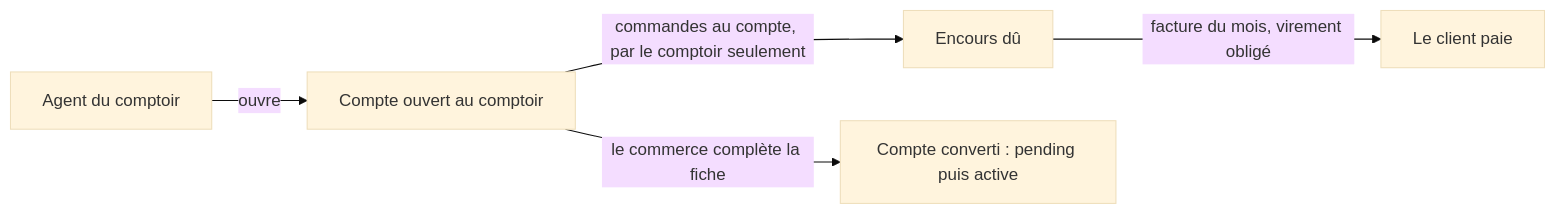
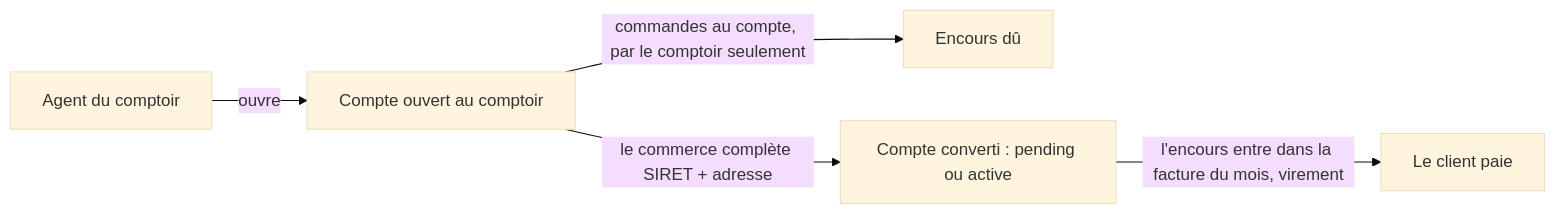
The diagram in documentation/comptes-client/plan-comptes-du-comptoir.md (hugoheynard/lfd), drawn with Mermaid (base theme) before and after one commit. The commit also changed other lines of this file, not shown here.

First line of the commit message:
docs(comptes-client): plafond seul, rien d'exigé à l'ouverture

````diff
--- a/documentation/comptes-client/plan-comptes-du-comptoir.md
+++ b/documentation/comptes-client/plan-comptes-du-comptoir.md
@@ -15,7 +15,7 @@
 ```mermaid
 flowchart LR
   A[Agent du comptoir] -->|ouvre| B[Compte ouvert au comptoir]
   B -->|commandes au compte, par le comptoir seulement| C[Encours dû]
-  C -->|facture du mois, virement obligé| D[Le client paie]
-  B -->|le commerce complète la fiche| E[Compte converti : pending puis active]
+  B -->|le commerce complète SIRET + adresse| E[Compte converti : pending ou active]
+  E -->|l'encours entre dans la facture du mois, virement| D[Le client paie]
 ```
````
